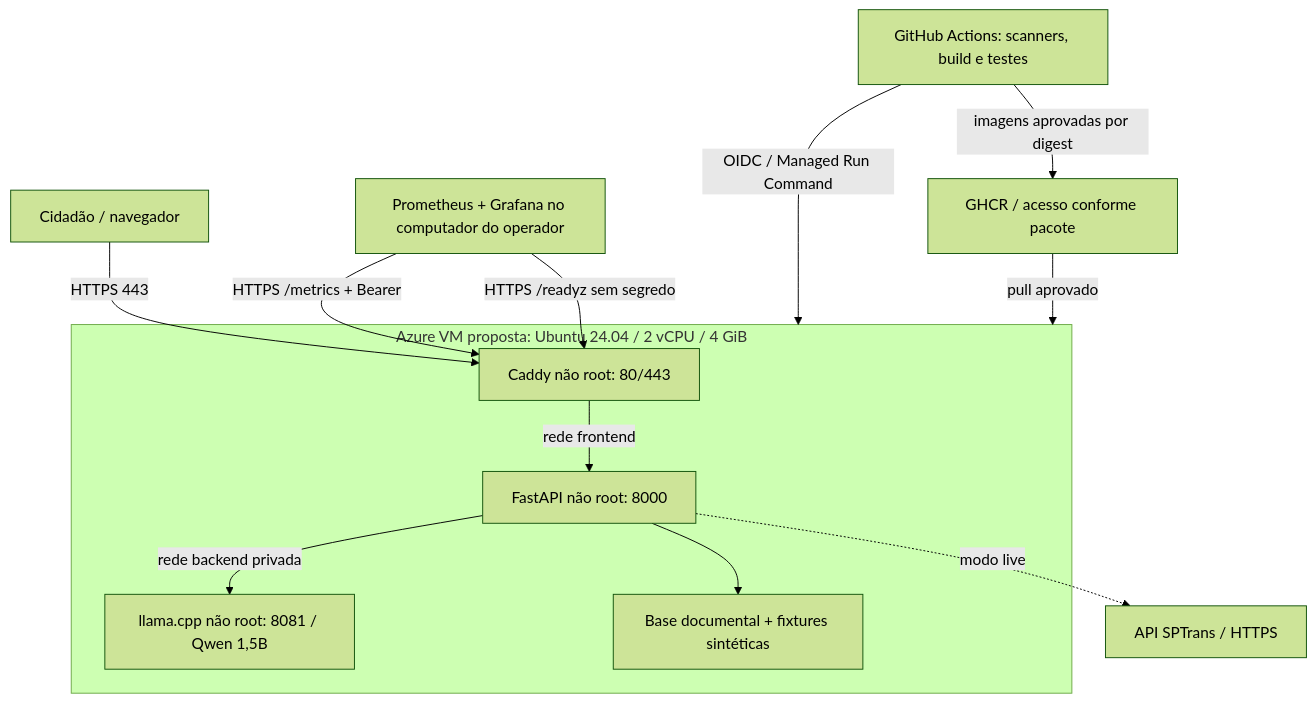
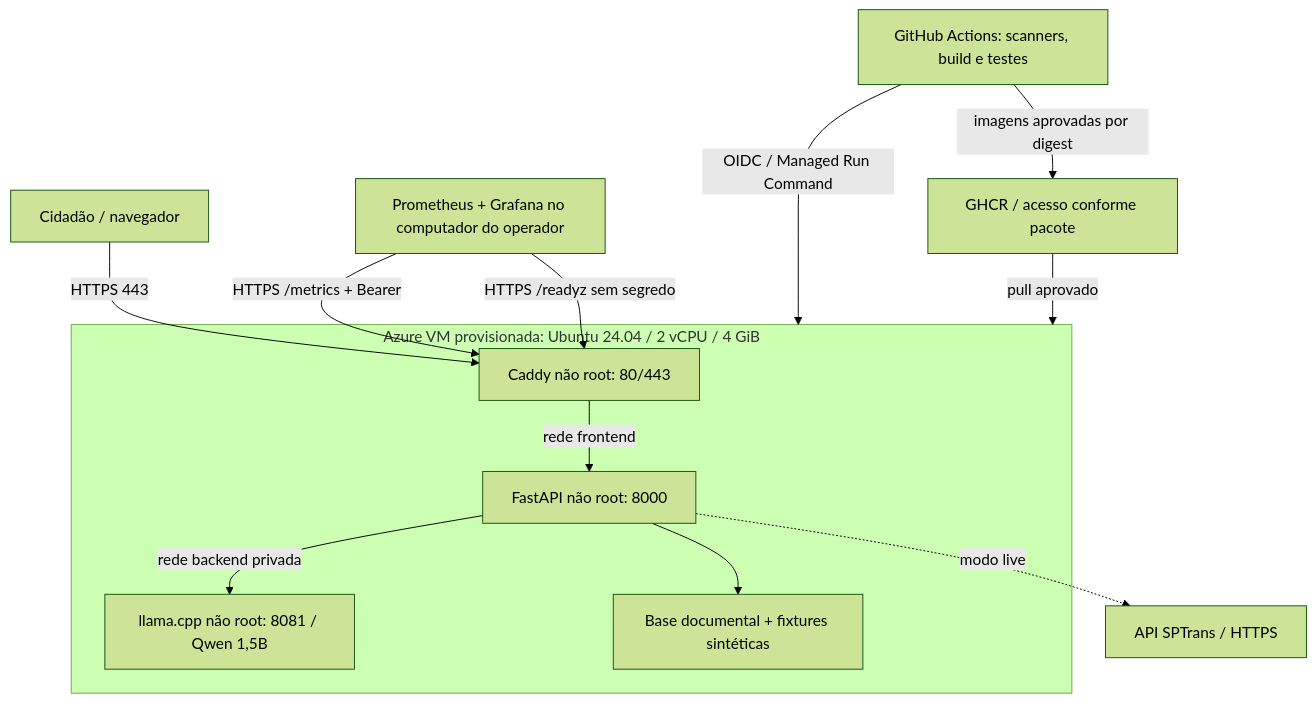
Before and after one commit to Salvittis/ponto-certo: the diagram in docs/CLOUD.md, drawn with Mermaid (forest theme). The commit also changed other lines of this file and 44 other files, not shown here.

````diff
--- a/docs/CLOUD.md
+++ b/docs/CLOUD.md
@@ -34,15 +39,15 @@
 ```mermaid
 flowchart TB
     U[Cidadão / navegador] -->|HTTPS 443| C
     G[GitHub Actions: scanners, build e testes] -->|imagens aprovadas por digest| R[GHCR / acesso conforme pacote]
     G -->|OIDC / Managed Run Command| V
-    subgraph V[Azure VM proposta: Ubuntu 24.04 / 2 vCPU / 4 GiB]
+    subgraph V[Azure VM provisionada: Ubuntu 24.04 / 2 vCPU / 4 GiB]
       C[Caddy não root: 80/443] -->|rede frontend| A[FastAPI não root: 8000]
       A -->|rede backend privada| L[llama.cpp não root: 8081 / Qwen 1,5B]
       A --> B[Base documental + fixtures sintéticas]
     end
     R -->|pull aprovado| V
     A -. modo live .-> S[API SPTrans / HTTPS]
     P[Prometheus + Grafana no computador do operador] -->|HTTPS /metrics + Bearer| C
     P -->|HTTPS /readyz sem segredo| C
 ```
````
